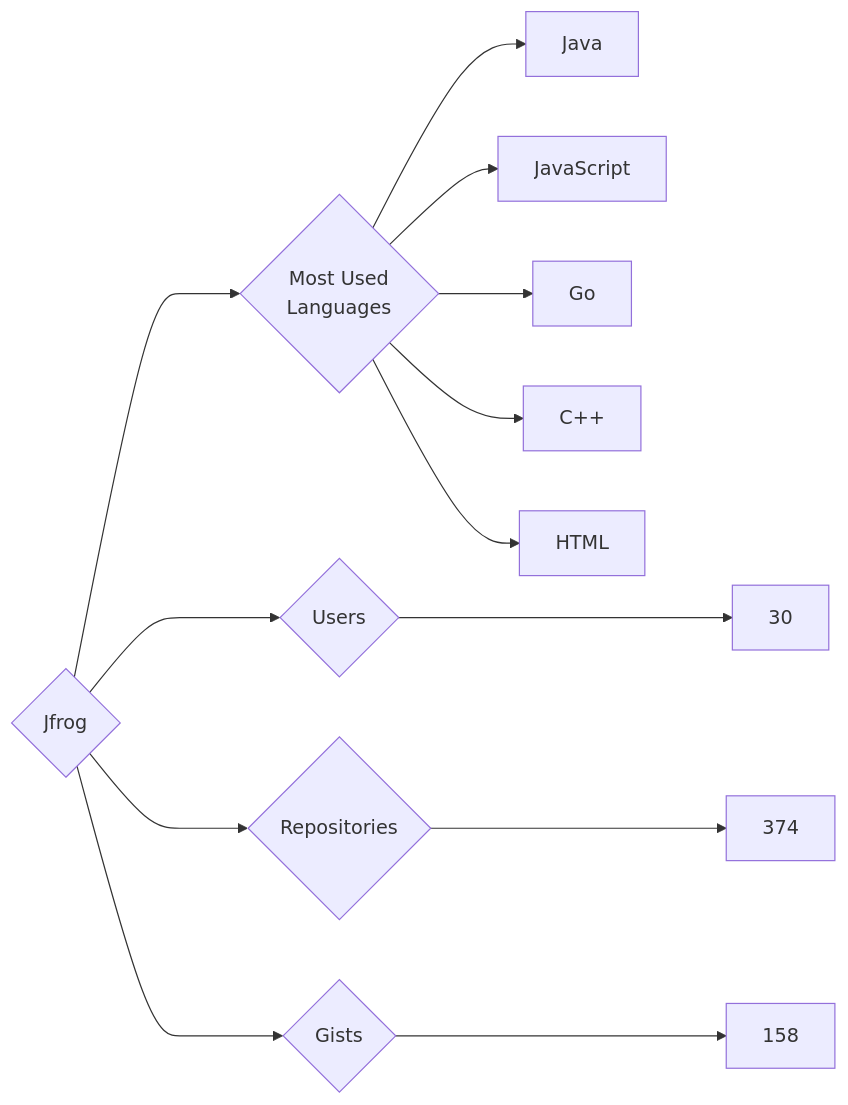
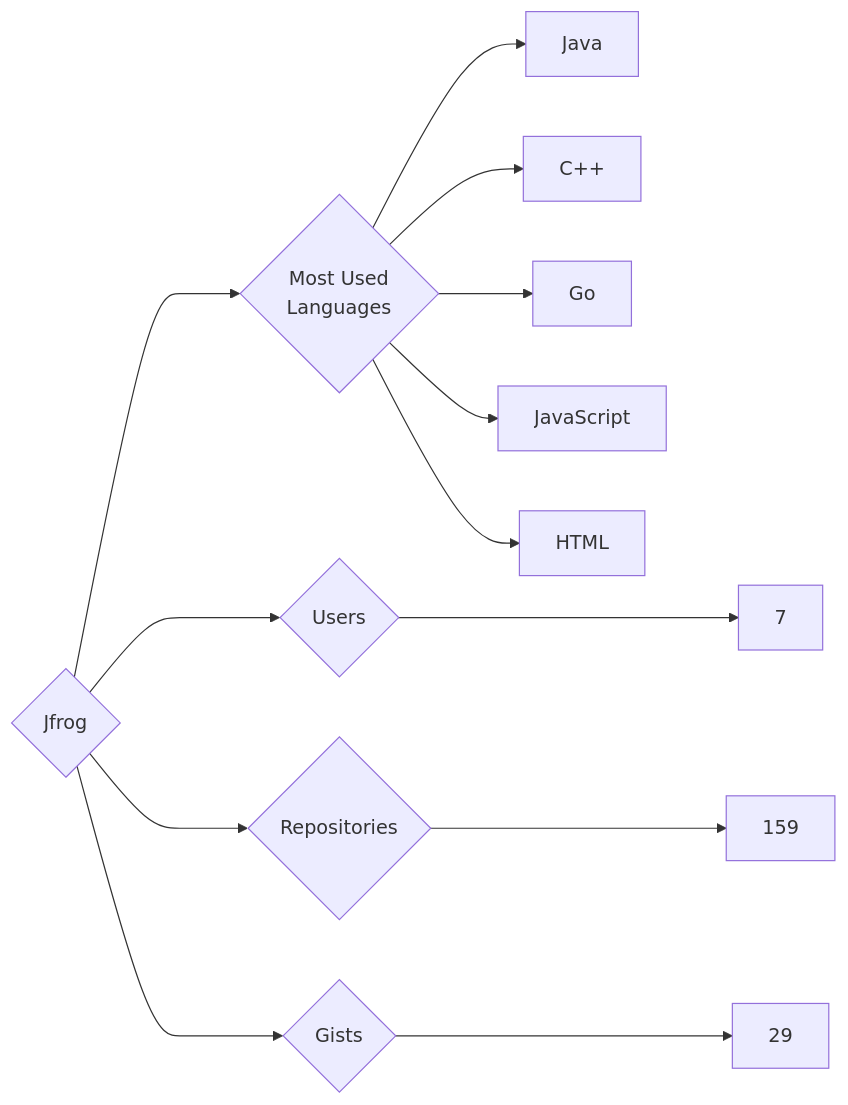
The diagram in targets/Jfrog/README.md (trickest/insiders), drawn with Mermaid before and after one commit. The commit also changed 894 other files, not shown here.

````diff
--- a/targets/Jfrog/README.md
+++ b/targets/Jfrog/README.md
@@ -3,13 +3,13 @@
 ```mermaid
 graph LR
 COMPANY_NAME{Jfrog}
-COMPANY_NAME ---> U{Users} ---> UN[30]
-COMPANY_NAME ---> R{Repositories} ---> RN[374]
-COMPANY_NAME ---> G{Gists} ---> GN[158]
+COMPANY_NAME ---> U{Users} ---> UN[7]
+COMPANY_NAME ---> R{Repositories} ---> RN[159]
+COMPANY_NAME ---> G{Gists} ---> GN[29]
 COMPANY_NAME ---> ML{Most Used<br>Languages}
 ML --> Java[Java]
+ML --> C++[C++]
+ML --> Go[Go]
 ML --> JavaScript[JavaScript]
-ML --> Go[Go]
-ML --> C++[C++]
 ML --> HTML[HTML]
 ```
````
